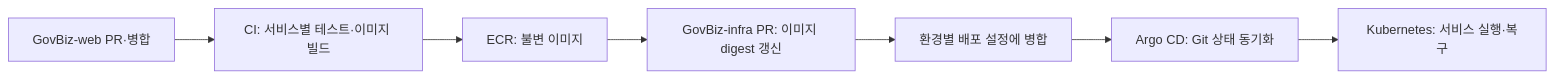
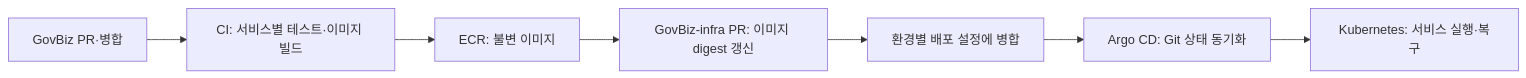
One commit to GovBiz-Team/GovBiz-infra changed the diagram in docs/msa-kubernetes-argocd-plan.md. Above: the diagram before and after it, drawn with Mermaid. The commit also changed other lines of this file and 9 other files, not shown here.

First line of the commit message:
문서: GovBiz 저장소와 서비스 명칭 최신화

````diff
--- a/docs/msa-kubernetes-argocd-plan.md
+++ b/docs/msa-kubernetes-argocd-plan.md
@@ -105,9 +110,9 @@
 ```mermaid
 flowchart LR
-    A["GovBiz-web PR·병합"] --> B["CI: 서비스별 테스트·이미지 빌드"]
+    A["GovBiz PR·병합"] --> B["CI: 서비스별 테스트·이미지 빌드"]
     B --> C["ECR: 불변 이미지"]
     C --> D["GovBiz-infra PR: 이미지 digest 갱신"]
     D --> E["환경별 배포 설정에 병합"]
     E --> F["Argo CD: Git 상태 동기화"]
     F --> G["Kubernetes: 서비스 실행·복구"]
 ```
````
